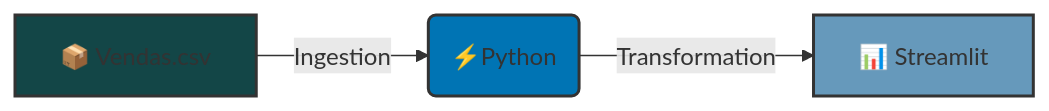
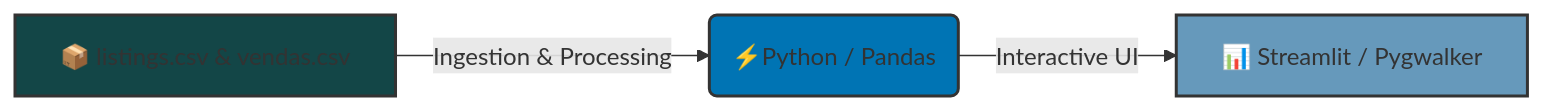
The diagram in readme.md (MatheusRodri/analytics-airbnb-data), drawn with Mermaid before and after one commit. The commit also changed other lines of this file, not shown here.

````diff
--- a/readme.md
+++ b/readme.md
@@ -21,10 +44,9 @@
 ```mermaid
 graph LR
-    A[📦 Vendas.csv] -->| Ingestion | B(⚡Python) 
-    B -->|Transformation| C[📊 Streamlit]
+    A[📦 listings.csv & vendas.csv] -->| Ingestion & Processing | B(⚡Python / Pandas) 
+    B -->|Interactive UI| C[📊 Streamlit / Pygwalker]
     
     style A fill:#134647,stroke:#333,stroke-width:2px
     style B fill:#0074b4,stroke:#333,stroke-width:2px
     style C fill:#69b,stroke:#333,stroke-width:2px
-
 ```
````
